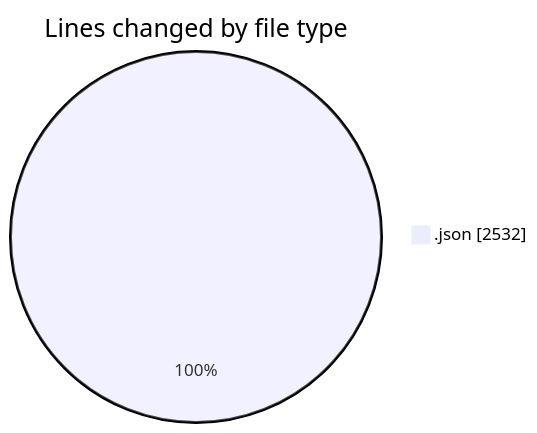
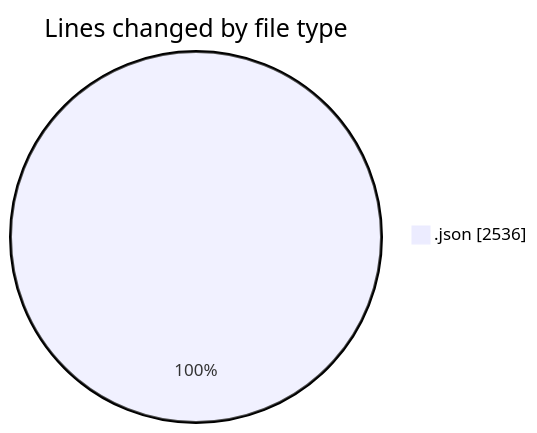
The first of 2 diagrams in 2025-07-28/_claude/README.md (EIIisD/code-tracking), drawn with Mermaid before and after one commit. The commit also changed other lines of this file and 1 other file, not shown here.

````diff
--- a/2025-07-28/_claude/README.md
+++ b/2025-07-28/_claude/README.md
@@ -20,5 +20,5 @@
 ```mermaid
 pie showData
 title Lines changed by file type
-".json" : 2532
+".json" : 2536
 ```
````
